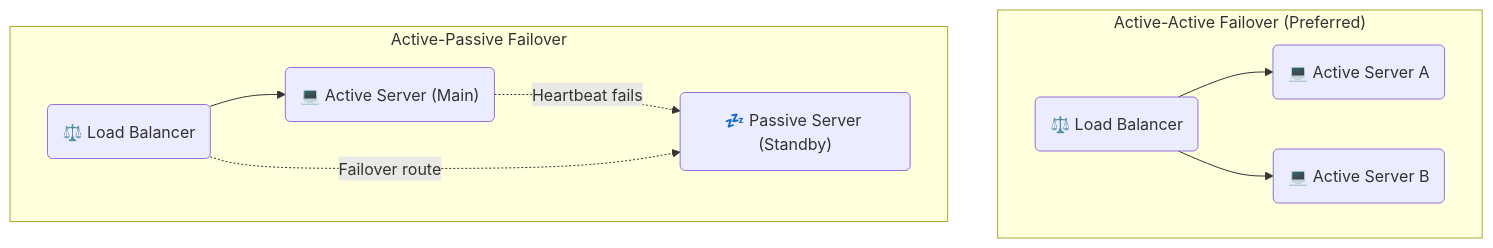
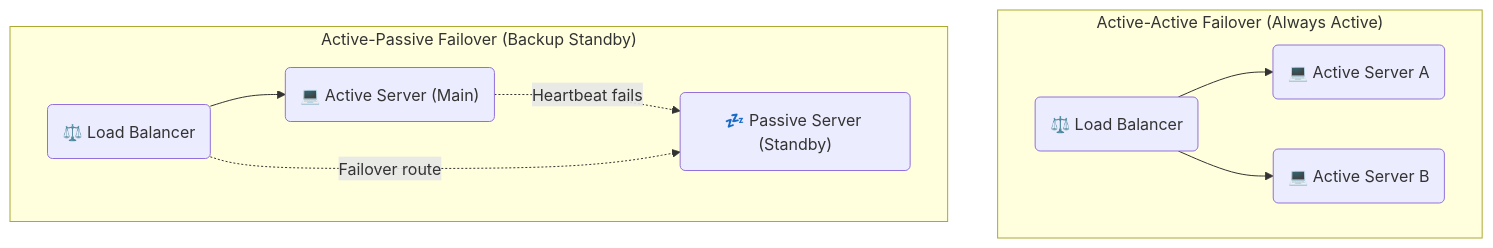
The second of 4 diagrams in basics/04_system_characteristics.md (PKRacha/system-design), drawn with Mermaid before and after one commit. The commit also changed other lines of this file and 6 other files, not shown here.

````diff
--- a/basics/04_system_characteristics.md
+++ b/basics/04_system_characteristics.md
@@ -48,13 +47,13 @@
 ```mermaid
 graph TD
-    subgraph ActiveActive ["Active-Active Failover (Preferred)"]
+    subgraph ActiveActive ["Active-Active Failover (Always Active)"]
         LB1("⚖️ Load Balancer") --> S_A("💻 Active Server A")
         LB1 --> S_B("💻 Active Server B")
     end
     
-    subgraph ActivePassive ["Active-Passive Failover"]
+    subgraph ActivePassive ["Active-Passive Failover (Backup Standby)"]
         LB2("⚖️ Load Balancer") --> S_C("💻 Active Server (Main)")
         S_C -.->|Heartbeat fails| S_D("💤 Passive Server (Standby)")
         LB2 -.->|Failover route| S_D
     end
 ```
````
